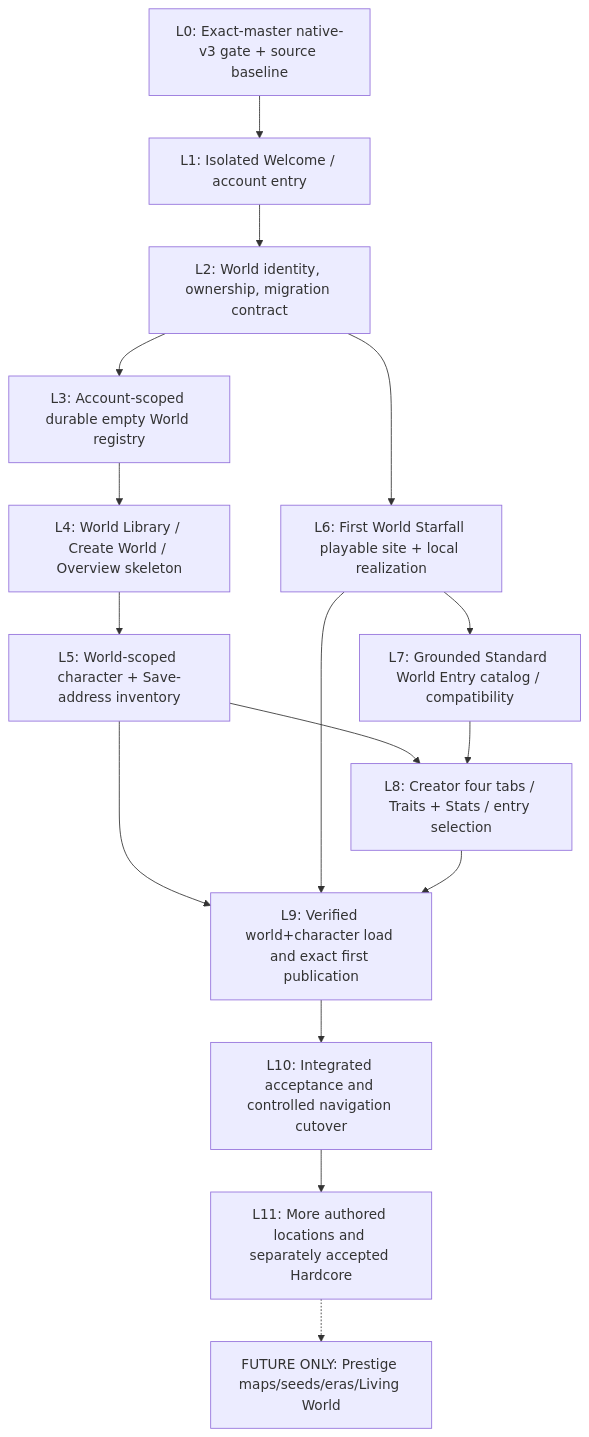
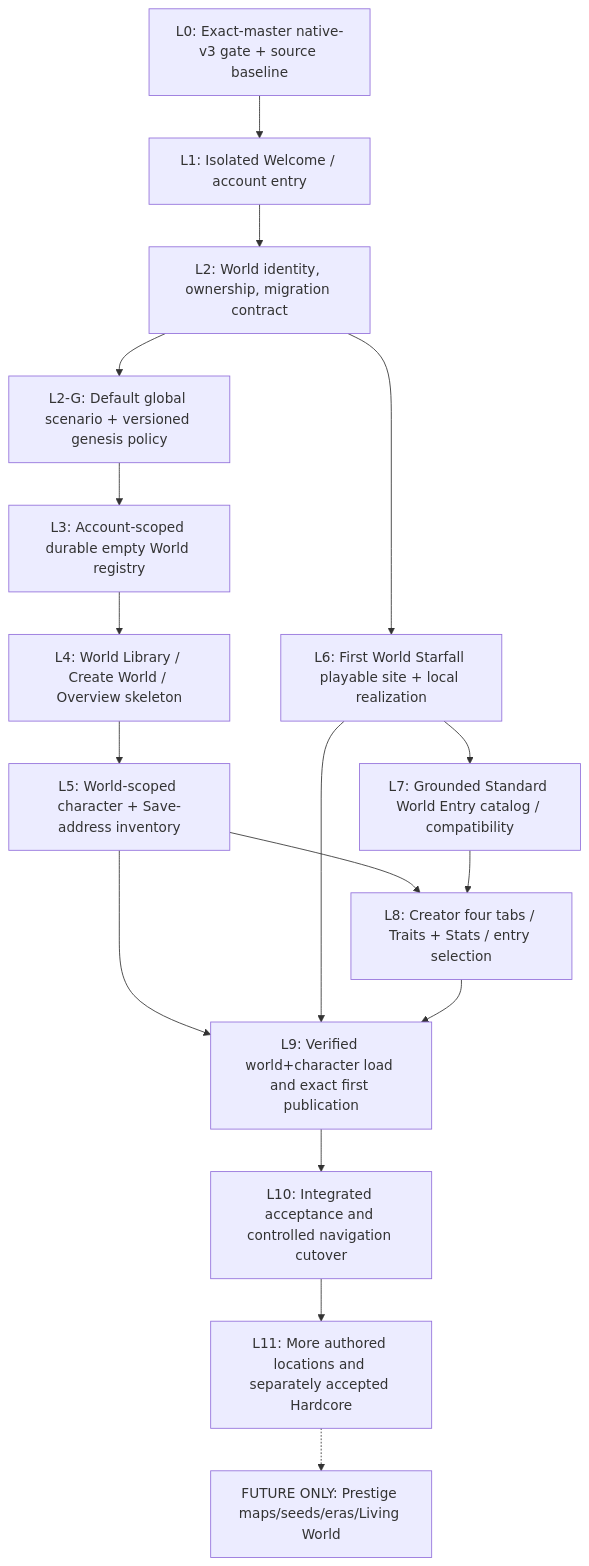
Before and after one commit to vagabond1215/Lineage_Reforged: the diagram in docs/design/first-world-launcher-implementation-process-map-2026-11-11.md, drawn with Mermaid. The commit also changed other lines of this file and 3 other files, not shown here.

Commit message:
docs(world): define authored blueprint, default scenario and seeded genesis gate

````diff
--- a/docs/design/first-world-launcher-implementation-process-map-2026-11-11.md
+++ b/docs/design/first-world-launcher-implementation-process-map-2026-11-11.md
@@ -44,18 +46,19 @@
 ```mermaid
 flowchart TD
     A["L0: Exact-master native-v3 gate + source baseline"] --> B["L1: Isolated Welcome / account entry"]
     B --> C["L2: World identity, ownership, migration contract"]
-    C --> D["L3: Account-scoped durable empty World registry"]
+    C --> N["L2-G: Default global scenario + versioned genesis policy"]
+    N --> D["L3: Account-scoped durable empty World registry"]
     D --> E["L4: World Library / Create World / Overview skeleton"]
     E --> F["L5: World-scoped character + Save-address inventory"]
     C --> G["L6: First World Starfall playable site + local realization"]
     G --> H["L7: Grounded Standard World Entry catalog / compatibility"]
     F --> I["L8: Creator four tabs / Traits + Stats / entry selection"]
     H --> I
     F --> J["L9: Verified world+character load and exact first publication"]
     G --> J
     I --> J
     J --> K["L10: Integrated acceptance and controlled navigation cutover"]
     K --> L["L11: More authored locations and separately accepted Hardcore"]
     L -.-> M["FUTURE ONLY: Prestige maps/seeds/eras/Living World"]
 ```
````
